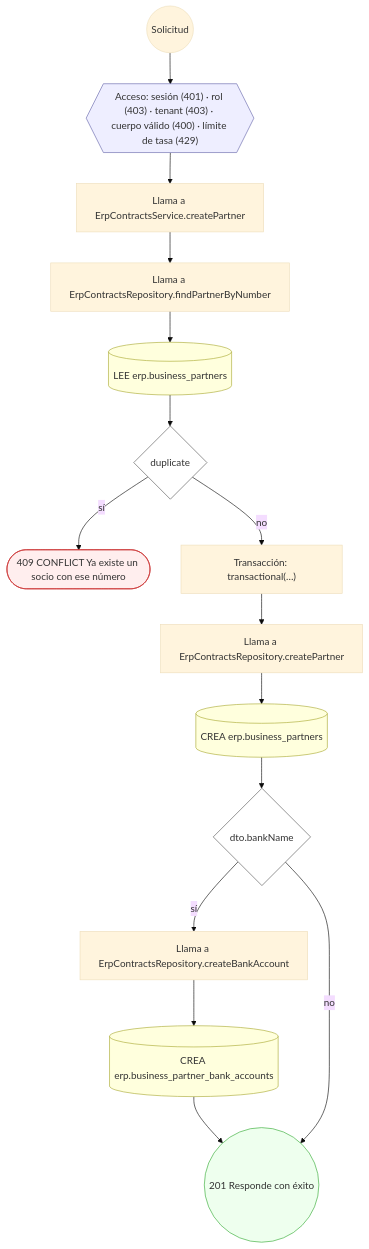
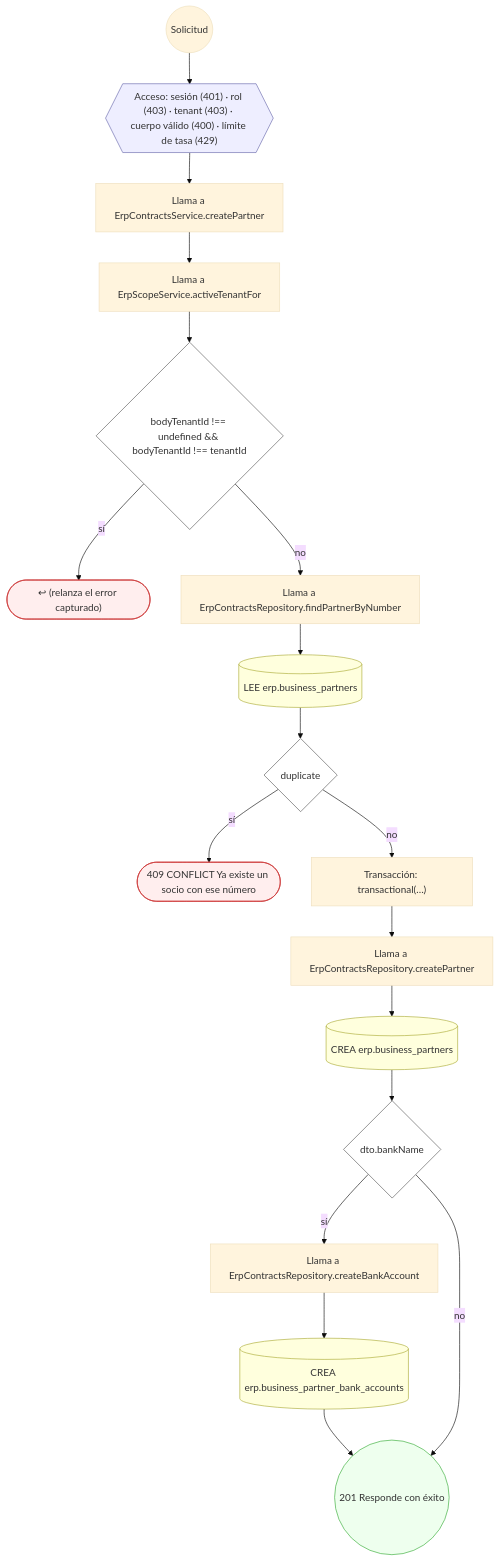
Before and after one commit to mdavila-2001/mantra-core-health-api: the third of 16 diagrams in docs/inventario/flujos/erp.md, drawn with Mermaid (base theme). The commit also changed other lines of this file and 438 other files, not shown here.

````diff
--- a/docs/inventario/flujos/erp.md
+++ b/docs/inventario/flujos/erp.md
@@ -278,37 +306,43 @@
 ```mermaid
 flowchart TD
   n1(("Solicitud")):::inicio
   n2{{"Acceso: sesión (401) · rol (403) · tenant (403) · cuerpo válido (400) · límite de tasa (429)"}}:::acceso
   n1 --> n2
   n3["Llama a ErpContractsService.createPartner"]:::llamada
   n2 --> n3
-  n4["Llama a ErpContractsRepository.findPartnerByNumber"]:::llamada
+  n4["Llama a ErpScopeService.activeTenantFor"]:::llamada
   n3 --> n4
-  n5[("LEE erp.business_partners")]:::efecto
+  n5{"bodyTenantId !== undefined && bodyTenantId !== tenantId"}:::decision
   n4 --> n5
-  n6{"duplicate"}:::decision
-  n5 --> n6
-  n7(["409 CONFLICT Ya existe un socio con ese número"]):::error
-  n6 -->|"sí"| n7
-  n8["Transacción: transactional(…)"]:::transaccion
-  n6 -->|"no"| n8
-  n9["Llama a ErpContractsRepository.createPartner"]:::llamada
+  n6(["↩ (relanza el error capturado)"]):::error
+  n5 -->|"sí"| n6
+  n7["Llama a ErpContractsRepository.findPartnerByNumber"]:::llamada
+  n5 -->|"no"| n7
+  n8[("LEE erp.business_partners")]:::efecto
+  n7 --> n8
+  n9{"duplicate"}:::decision
   n8 --> n9
-  n10[("CREA erp.business_partners")]:::efecto
-  n9 --> n10
-  n11{"dto.bankName"}:::decision
-  n10 --> n11
-  n12["Llama a ErpContractsRepository.createBankAccount"]:::llamada
-  n11 -->|"sí"| n12
-  n13[("CREA erp.business_partner_bank_accounts")]:::efecto
+  n10(["409 CONFLICT Ya existe un socio con ese número"]):::error
+  n9 -->|"sí"| n10
+  n11["Transacción: transactional(…)"]:::transaccion
+  n9 -->|"no"| n11
+  n12["Llama a ErpContractsRepository.createPartner"]:::llamada
+  n11 --> n12
+  n13[("CREA erp.business_partners")]:::efecto
   n12 --> n13
-  n14(("201 Responde con éxito")):::ok
+  n14{"dto.bankName"}:::decision
   n13 --> n14
-  n11 -->|"no"| n14
+  n15["Llama a ErpContractsRepository.createBankAccount"]:::llamada
+  n14 -->|"sí"| n15
+  n16[("CREA erp.business_partner_bank_accounts")]:::efecto
+  n15 --> n16
+  n17(("201 Responde con éxito")):::ok
+  n16 --> n17
+  n14 -->|"no"| n17
   classDef acceso fill:#eef,stroke:#66a
   classDef error fill:#fee,stroke:#c33
   classDef ok fill:#efe,stroke:#3a3
   classDef efecto fill:#ffd,stroke:#aa3
   classDef decision fill:#fff,stroke:#555
   classDef corte fill:#eee,stroke:#999,stroke-dasharray: 4
 ```
````
